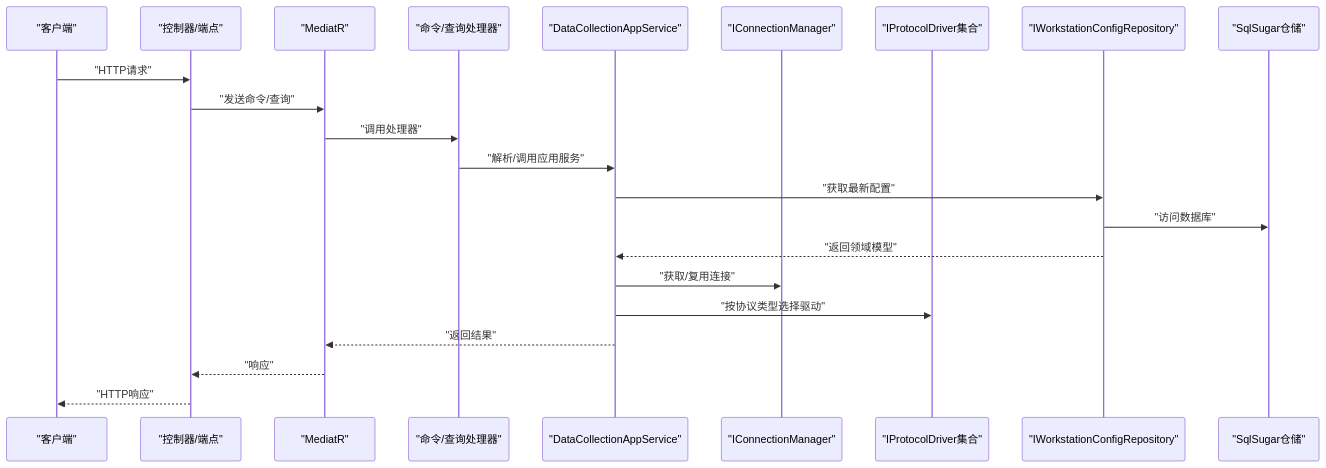
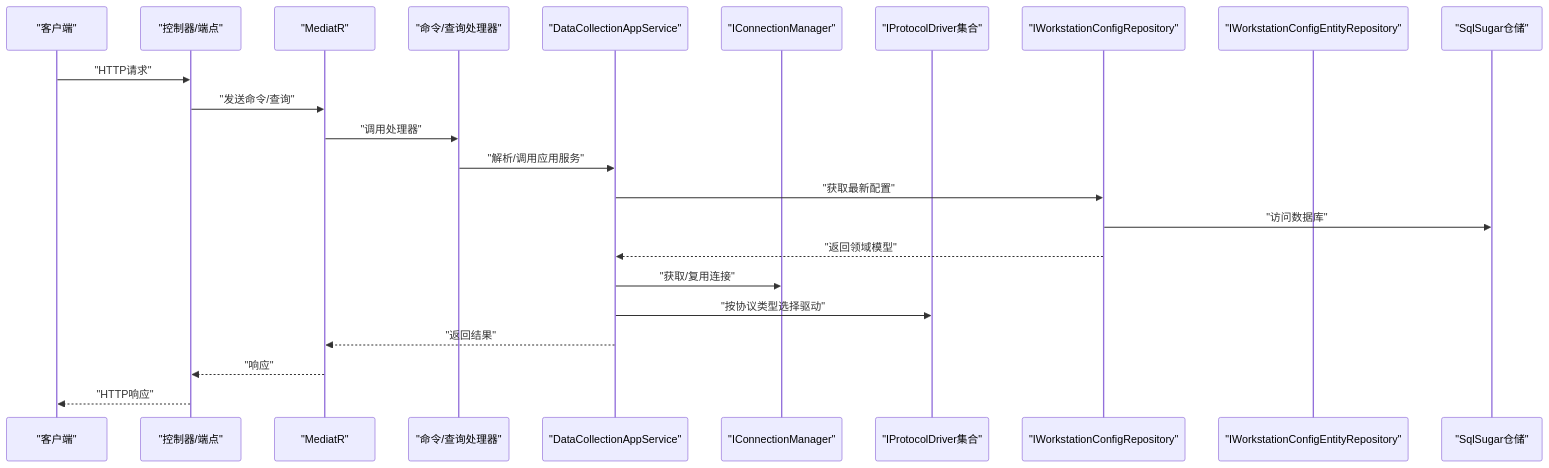
One commit to whitemousetl/IndustrialDataSolution changed the second of 3 diagrams in .qoder/repowiki/zh/content/系统架构设计/依赖注入配置.md. Above: the diagram before and after it, drawn with Mermaid. The commit also changed other lines of this file and 18 other files, not shown here.

````diff
--- a/.qoder/repowiki/zh/content/系统架构设计/依赖注入配置.md
+++ b/.qoder/repowiki/zh/content/系统架构设计/依赖注入配置.md
@@ -97,24 +117,25 @@
 ```mermaid
 sequenceDiagram
 participant Client as "客户端"
 participant API as "控制器/端点"
 participant Mediator as "MediatR"
 participant Handler as "命令/查询处理器"
 participant AppSvc as "DataCollectionAppService"
 participant ConnMgr as "IConnectionManager"
 participant Drivers as "IProtocolDriver集合"
 participant Repo as "IWorkstationConfigRepository"
+participant EntityRepo as "IWorkstationConfigEntityRepository"
 participant Persist as "SqlSugar仓储"
 Client->>API : "HTTP请求"
 API->>Mediator : "发送命令/查询"
 Mediator->>Handler : "调用处理器"
 Handler->>AppSvc : "解析/调用应用服务"
 AppSvc->>Repo : "获取最新配置"
 Repo->>Persist : "访问数据库"
 Repo-->>AppSvc : "返回领域模型"
 AppSvc->>ConnMgr : "获取/复用连接"
 AppSvc->>Drivers : "按协议类型选择驱动"
 AppSvc-->>Mediator : "返回结果"
 Mediator-->>API : "响应"
 API-->>Client : "HTTP响应"
 ```
````
